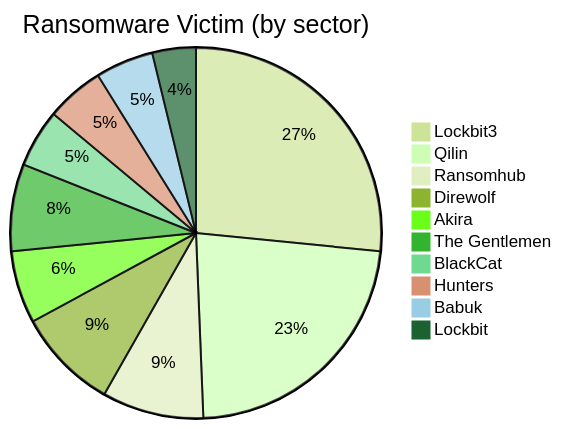
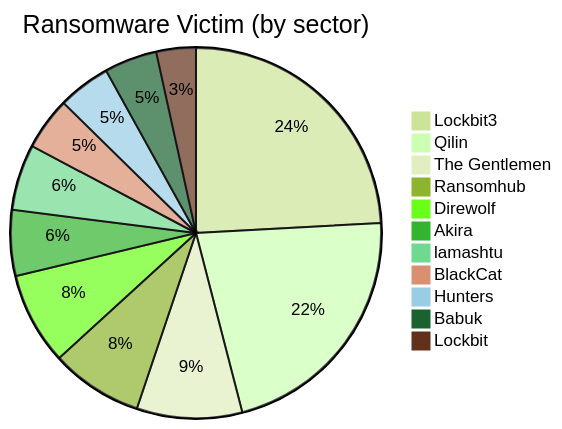
The second of 3 diagrams in content/MY Threat Landscape/ransomware.md (rectifyq/site), drawn with Mermaid (forest theme) before and after one commit. The commit also changed other lines of this file and 1 other file, not shown here.

````diff
--- a/content/MY Threat Landscape/ransomware.md
+++ b/content/MY Threat Landscape/ransomware.md
@@ -145,13 +152,14 @@
 ```mermaid
 pie title Ransomware Victim (by sector)
     "Lockbit3" : 21
-    "Qilin" : 18
+    "Qilin" : 19
+    "The Gentlemen" : 8
     "Ransomhub" : 7
     "Direwolf" : 7
     "Akira" : 5
-    "The Gentlemen" : 6
+    "lamashtu" : 5
     "BlackCat" : 4
     "Hunters" : 4
     "Babuk" : 4
     "Lockbit" : 3
 ```
````
